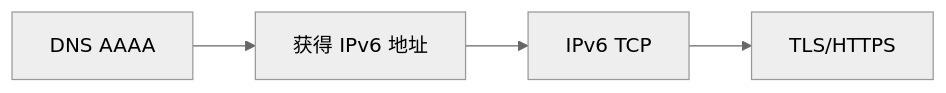
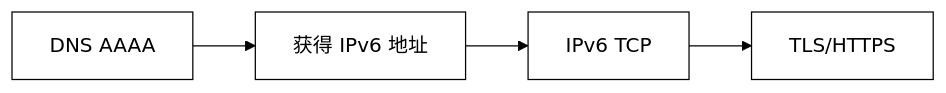
One commit to trans-hub/quartz-sync changed the diagram in content/OPPO WiFi 下 nslookup 无法查询 AAAA 记录排查记录.md. Above: the diagram before and after it, drawn with Mermaid. The commit also changed other lines of this file, not shown here.

Commit message:
Published 1 file

````diff
--- a/content/OPPO WiFi 下 nslookup 无法查询 AAAA 记录排查记录.md
+++ b/content/OPPO WiFi 下 nslookup 无法查询 AAAA 记录排查记录.md
@@ -65,10 +65,17 @@
 ```mermaid
 ---
 config:
-  theme: neutral
+  theme: base
+  themeVariables:
+    primaryColor: "#ffffff"
+    primaryTextColor: "#000000"
+    primaryBorderColor: "#000000"
+    lineColor: "#000000"
+    secondaryColor: "#eeeeee"
+    tertiaryColor: "#ffffff"
 ---
 graph LR
     A[DNS AAAA] --> B[获得 IPv6 地址]
     B --> C[IPv6 TCP]
     C --> D[TLS/HTTPS]
 ```
````
